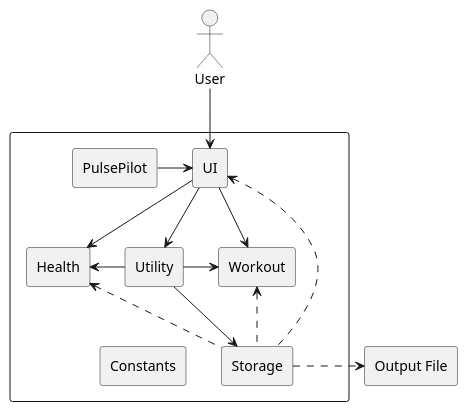
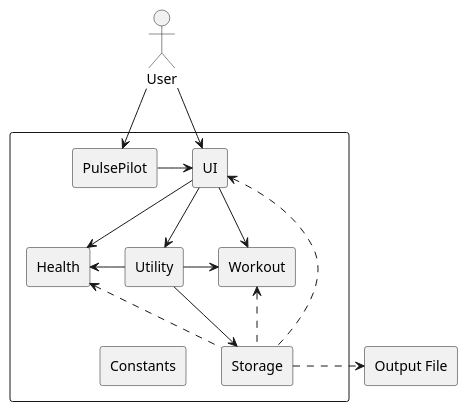
One commit to rouvinerh/tp changed the diagram in docs/puml/architecture_diagram.puml. Above: the diagram before and after it, drawn with PlantUML. The commit also changed 8 other files, not shown here.

Commit message:
update diagrams, check dg until add run

```diff
--- a/docs/puml/architecture_diagram.puml
+++ b/docs/puml/architecture_diagram.puml
@@ -2,33 +2,34 @@
 @startuml
 skinparam componentStyle rectangle
 actor User
 
 component {
 [UI]
 [Utility]
 [Health]
 [Workout]
 [PulsePilot]
 [Storage]
 [Constants]
 }
 
+User -d-> [PulsePilot]
 User -d-> [UI]
 [PulsePilot] -r-> [UI]
 
 [UI] -d-> [Utility]
 [UI] -d-> [Health]
 [UI] -d-> [Workout]
 
 [Utility] -l-> [Health]
 [Utility] -r-> [Workout]
 [Utility] -d-> [Storage]
 
 [Storage] .u.> [Health]
 [Storage] .u.> [Workout]
 [Storage] .u.> [UI]
 
 [Storage] .r.> [Output File]
 
 [Constants] -r[hidden]-> [Storage]
 @enduml
```
